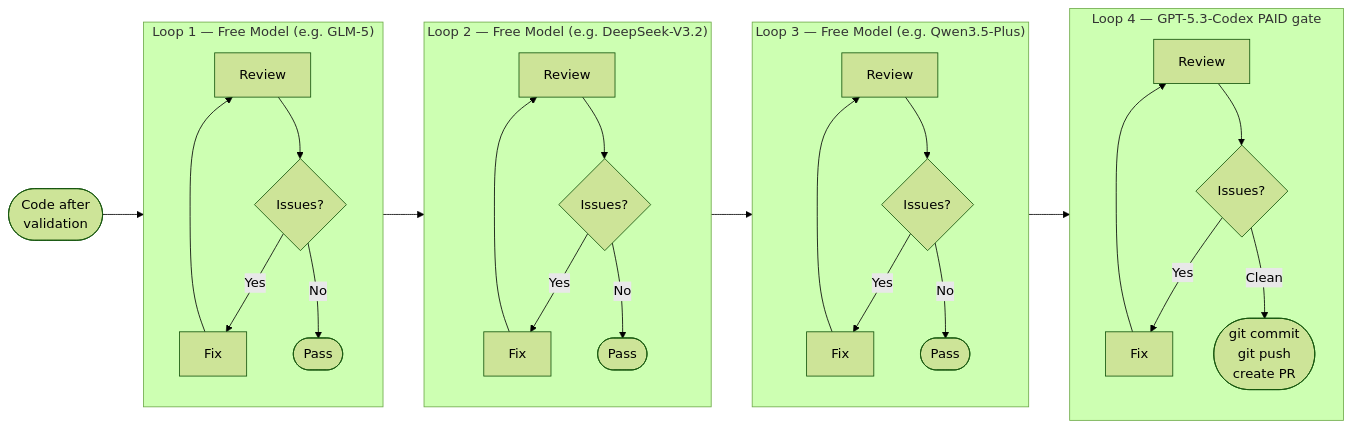
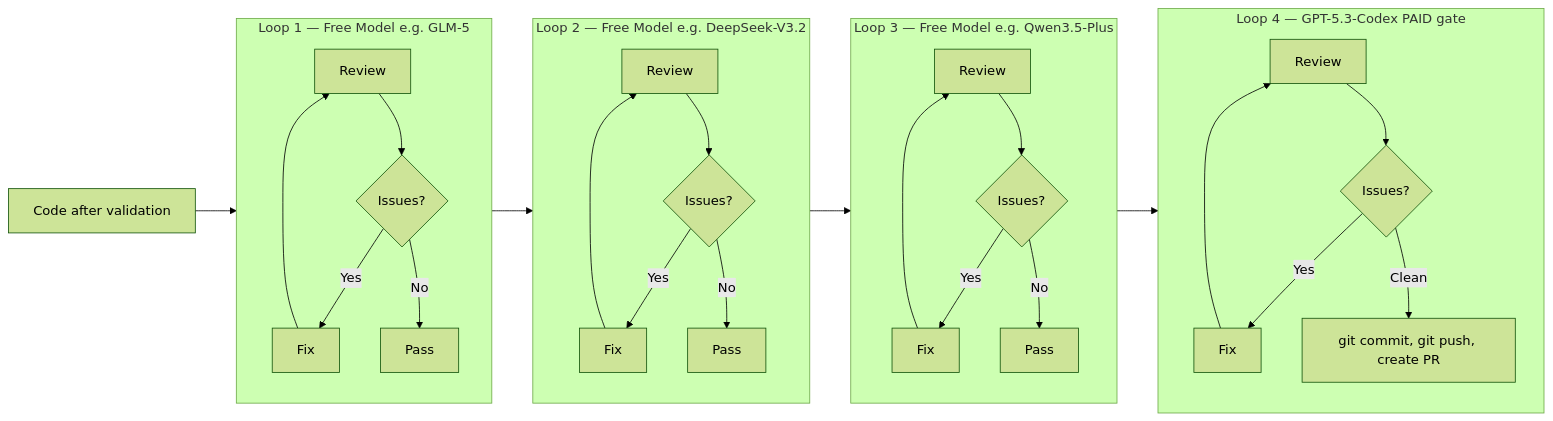
The fifth of 6 diagrams in README.md (ryanjosebrosas/autonomous-coding-system-final), drawn with Mermaid (forest theme) before and after one commit. The commit also changed other lines of this file, not shown here.

First line of the commit message:
fix(readme): fix Mermaid syntax for GitHub renderer

````diff
--- a/README.md
+++ b/README.md
@@ -308,38 +308,38 @@
 ```mermaid
 flowchart LR
-    CODE([Code after\nvalidation]) --> L1
+    CODE[Code after validation] --> L1
 
-    subgraph L1["Loop 1 — Free Model (e.g. GLM-5)"]
+    subgraph L1["Loop 1 — Free Model e.g. GLM-5"]
         direction TB
         R1[Review] --> F1{Issues?}
         F1 -- Yes --> X1[Fix] --> R1
-        F1 -- No --> PASS1([Pass])
+        F1 -- No --> PASS1[Pass]
     end
 
     PASS1 --> L2
 
-    subgraph L2["Loop 2 — Free Model (e.g. DeepSeek-V3.2)"]
+    subgraph L2["Loop 2 — Free Model e.g. DeepSeek-V3.2"]
         direction TB
         R2[Review] --> F2{Issues?}
         F2 -- Yes --> X2[Fix] --> R2
-        F2 -- No --> PASS2([Pass])
+        F2 -- No --> PASS2[Pass]
     end
 
     PASS2 --> L3
 
-    subgraph L3["Loop 3 — Free Model (e.g. Qwen3.5-Plus)"]
+    subgraph L3["Loop 3 — Free Model e.g. Qwen3.5-Plus"]
         direction TB
         R3[Review] --> F3{Issues?}
         F3 -- Yes --> X3[Fix] --> R3
-        F3 -- No --> PASS3([Pass])
+        F3 -- No --> PASS3[Pass]
     end
 
     PASS3 --> L4
 
     subgraph L4["Loop 4 — GPT-5.3-Codex PAID gate"]
         direction TB
         R4[Review] --> F4{Issues?}
         F4 -- Yes --> X4[Fix] --> R4
-        F4 -- Clean --> COMMIT([git commit\ngit push\ncreate PR])
+        F4 -- Clean --> COMMIT["git commit, git push, create PR"]
     end
 ```
````
